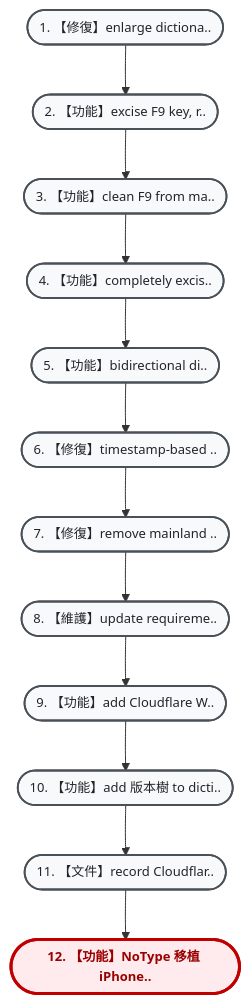
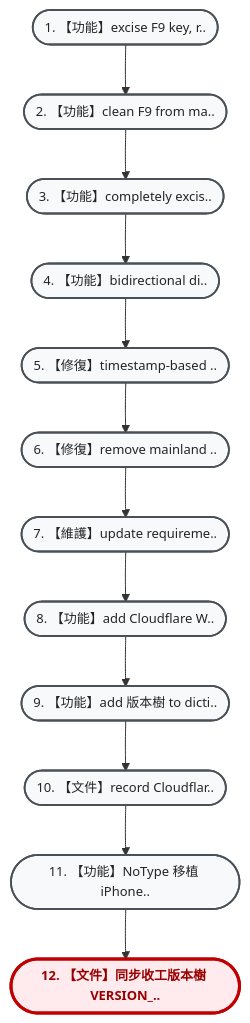
One commit to hjen8/NoType-Scribe changed the diagram in VERSION_TREE.md. Above: the diagram before and after it, drawn with Mermaid. The commit also changed other lines of this file and 3 other files, not shown here.

````diff
--- a/VERSION_TREE.md
+++ b/VERSION_TREE.md
@@ -13,30 +13,30 @@
 ```mermaid
 flowchart TD
     %% 雙壁版本樹專用視覺化配色風格 (由上而下 TD 垂直大字純中文版)
     classDef default fill:#f8f9fa,stroke:#495057,stroke-width:1.8px,color:#212529,font-size:13px;
     classDef current fill:#ffebee,stroke:#c00000,stroke-width:3px,color:#900,font-weight:bold,font-size:13px;
     classDef mergeNode fill:#e3f2fd,stroke:#1565c0,stroke-width:2px,color:#0d47a1,font-size:13px;
-    n_3c88006(["1. 【修復】enlarge dictiona.."]):::default
-    n_672623f(["2. 【功能】excise F9 key, r.."]):::default
-    n_1ebb0ec(["3. 【功能】clean F9 from ma.."]):::default
-    n_0839abd(["4. 【功能】completely excis.."]):::default
-    n_c08b18c(["5. 【功能】bidirectional di.."]):::default
-    n_5661482(["6. 【修復】timestamp-based .."]):::default
-    n_4c9bcd5(["7. 【修復】remove mainland .."]):::default
-    n_4a3ea27(["8. 【維護】update requireme.."]):::default
-    n_a05b1df(["9. 【功能】add Cloudflare W.."]):::default
-    n_18e4ca1(["10. 【功能】add 版本樹 to dicti.."]):::default
-    n_47c4704(["11. 【文件】record Cloudflar.."]):::default
-    n_58bbc8c(["12. 【功能】NoType 移植 iPhone.."]):::current
-    n_3c88006 --> n_672623f
+    n_672623f(["1. 【功能】excise F9 key, r.."]):::default
+    n_1ebb0ec(["2. 【功能】clean F9 from ma.."]):::default
+    n_0839abd(["3. 【功能】completely excis.."]):::default
+    n_c08b18c(["4. 【功能】bidirectional di.."]):::default
+    n_5661482(["5. 【修復】timestamp-based .."]):::default
+    n_4c9bcd5(["6. 【修復】remove mainland .."]):::default
+    n_4a3ea27(["7. 【維護】update requireme.."]):::default
+    n_a05b1df(["8. 【功能】add Cloudflare W.."]):::default
+    n_18e4ca1(["9. 【功能】add 版本樹 to dicti.."]):::default
+    n_47c4704(["10. 【文件】record Cloudflar.."]):::default
+    n_58bbc8c(["11. 【功能】NoType 移植 iPhone.."]):::default
+    n_7723cba(["12. 【文件】同步收工版本樹 VERSION_.."]):::current
     n_672623f --> n_1ebb0ec
     n_1ebb0ec --> n_0839abd
     n_0839abd --> n_c08b18c
     n_c08b18c --> n_5661482
     n_5661482 --> n_4c9bcd5
     n_4c9bcd5 --> n_4a3ea27
     n_4a3ea27 --> n_a05b1df
     n_a05b1df --> n_18e4ca1
     n_18e4ca1 --> n_47c4704
     n_47c4704 --> n_58bbc8c
+    n_58bbc8c --> n_7723cba
 ```
````
